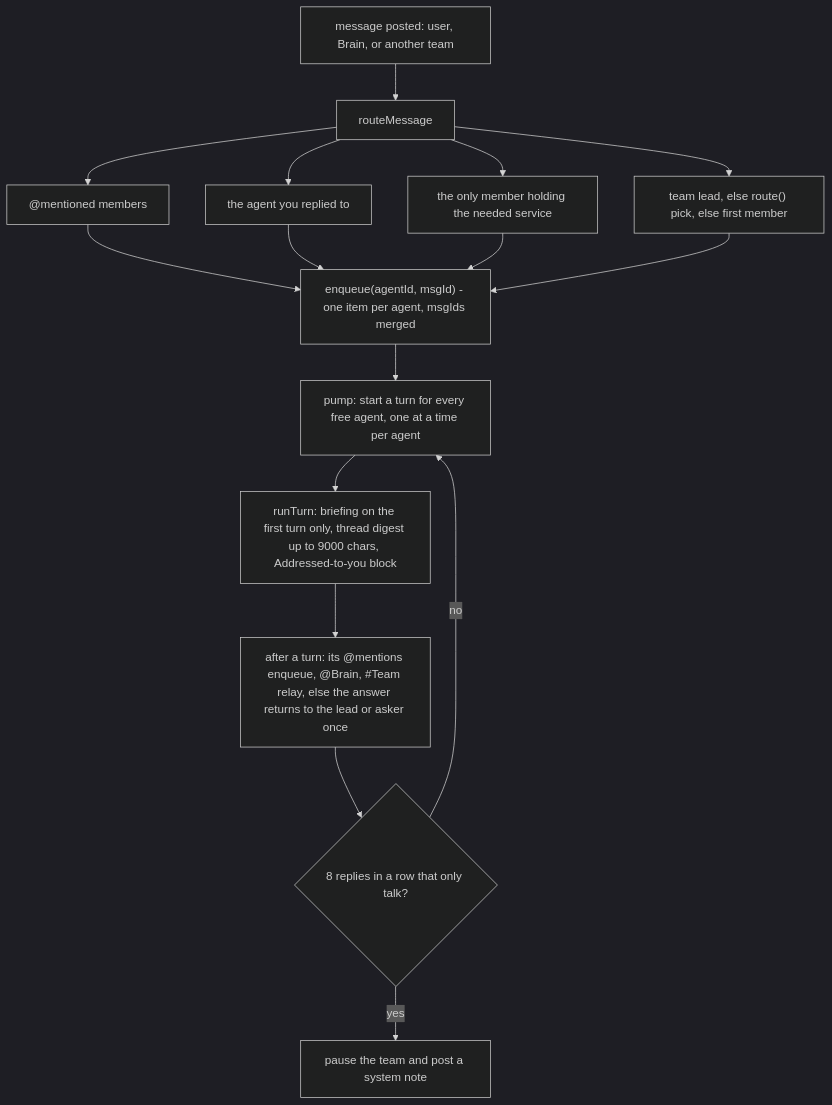
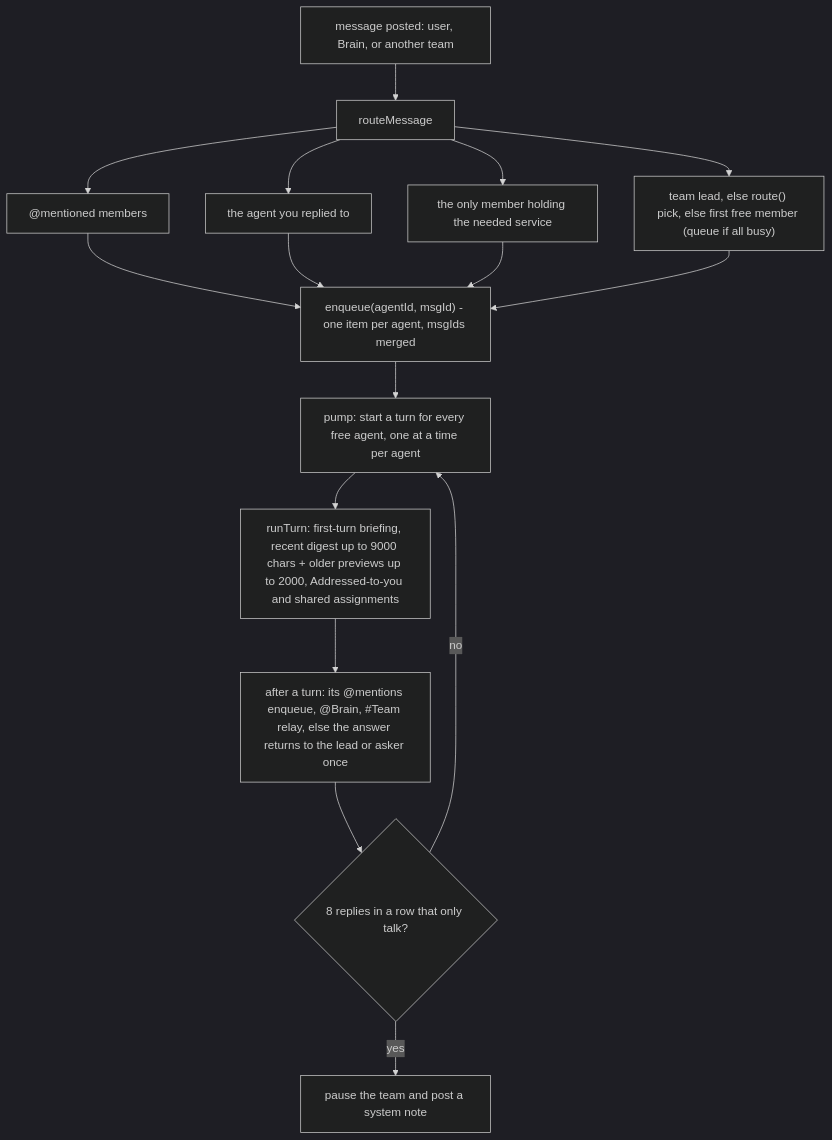
Before and after one commit to ai-2070/athena-agents: the second of 3 diagrams in docs/internal/GROK_BOT_ORCHESTRATION_2026-10-31.md, drawn with Mermaid (dark theme). The commit also changed other lines of this file and 15 other files, not shown here.

Commit message:
Teams: show missing context and shared assignments

````diff
--- a/docs/internal/GROK_BOT_ORCHESTRATION_2026-10-31.md
+++ b/docs/internal/GROK_BOT_ORCHESTRATION_2026-10-31.md
@@ -213,18 +213,18 @@
 ```mermaid
 flowchart TD
   M["message posted: user, Brain, or another team"] --> RT["routeMessage"]
   RT --> A1["@mentioned members"]
   RT --> A2["the agent you replied to"]
   RT --> A3["the only member holding the needed service"]
-  RT --> A4["team lead, else route() pick, else first member"]
+  RT --> A4["team lead, else route() pick, else first free member (queue if all busy)"]
   A1 --> Q["enqueue(agentId, msgId) - one item per agent, msgIds merged"]
   A2 --> Q
   A3 --> Q
   A4 --> Q
   Q --> PUMP["pump: start a turn for every free agent, one at a time per agent"]
-  PUMP --> TR["runTurn: briefing on the first turn only, thread digest up to 9000 chars, Addressed-to-you block"]
+  PUMP --> TR["runTurn: first-turn briefing, recent digest up to 9000 chars + older previews up to 2000, Addressed-to-you and shared assignments"]
   TR --> AF["after a turn: its @mentions enqueue, @Brain, #Team relay, else the answer returns to the lead or asker once"]
   AF --> CH{"8 replies in a row that only talk?"}
   CH -->|yes| PAUSE["pause the team and post a system note"]
   CH -->|no| PUMP
 ```
````
